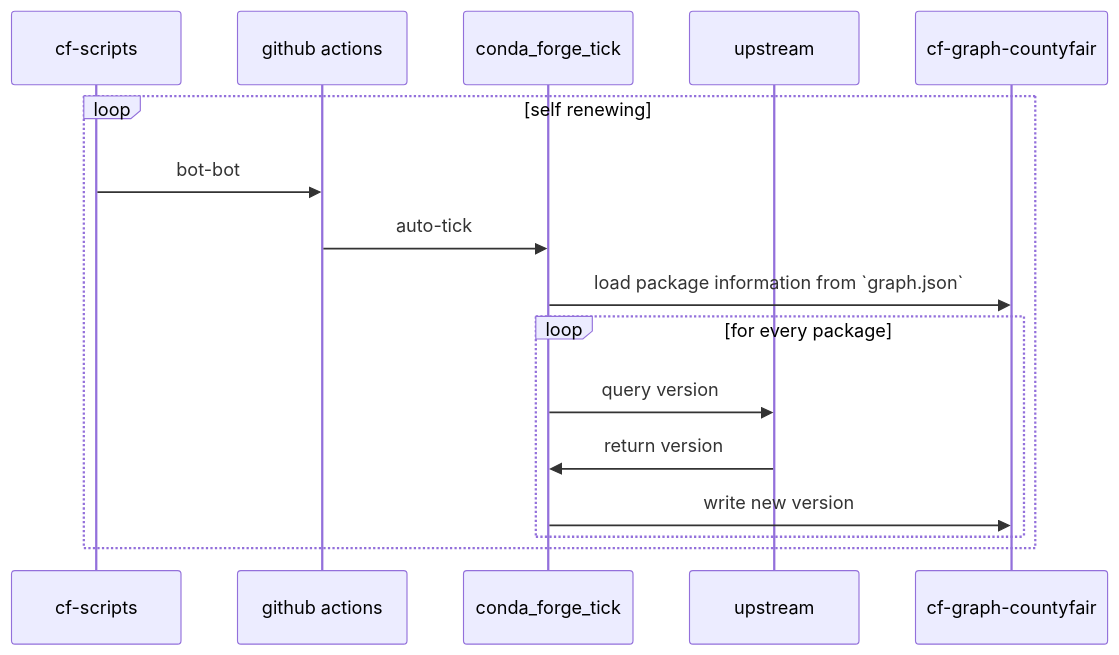
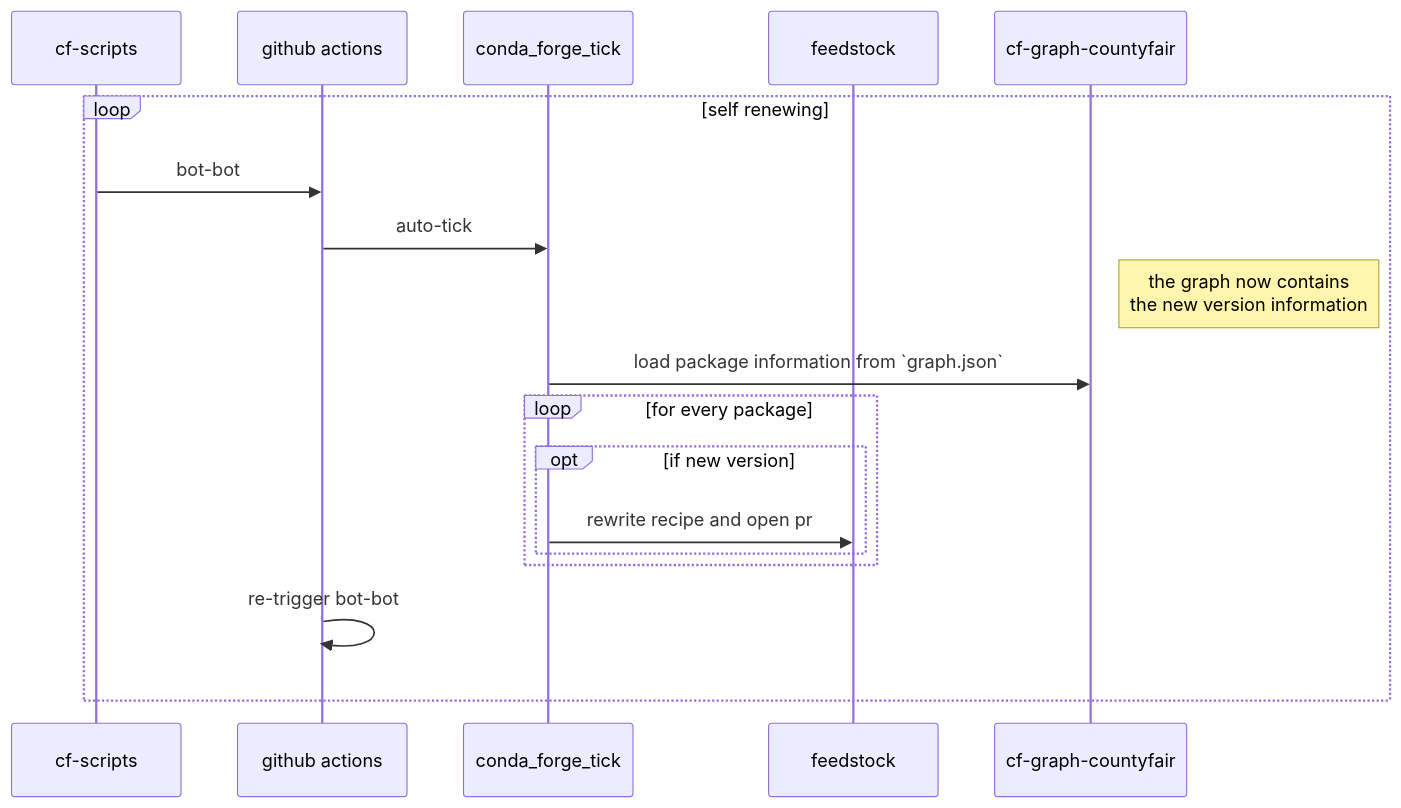
Before and after one commit to conda-forge/conda-forge.github.io: the third of 3 diagrams in docs/maintainer/understanding_conda_forge/feedstocks.md, drawn with Mermaid. The commit also changed other lines of this file, not shown here.

Commit message:
Wrap up version updates

````diff
--- a/docs/maintainer/understanding_conda_forge/feedstocks.md
+++ b/docs/maintainer/understanding_conda_forge/feedstocks.md
@@ -101,18 +101,20 @@
 ```mermaid
 sequenceDiagram
     participant cfs as cf-scripts
     participant gha as github actions
     participant cft as conda_forge_tick
-    participant ups as upstream
+    participant fs as feedstock
     participant cfg as cf-graph-countyfair
     loop self renewing
         cfs->>gha: bot-bot
         gha->>cft: auto-tick
+        note right of cfg: the graph now contains<br/>the new version information
         cft->>cfg: load package information from `graph.json`
         loop for every package
-            cft->>ups: query version
-            ups->>cft: return version
-            cft->>cfg: write new version
+            opt if new version
+                cft->>fs: rewrite recipe and open pr
+            end
         end
+        gha->>gha: re-trigger bot-bot
     end
 ```
````
